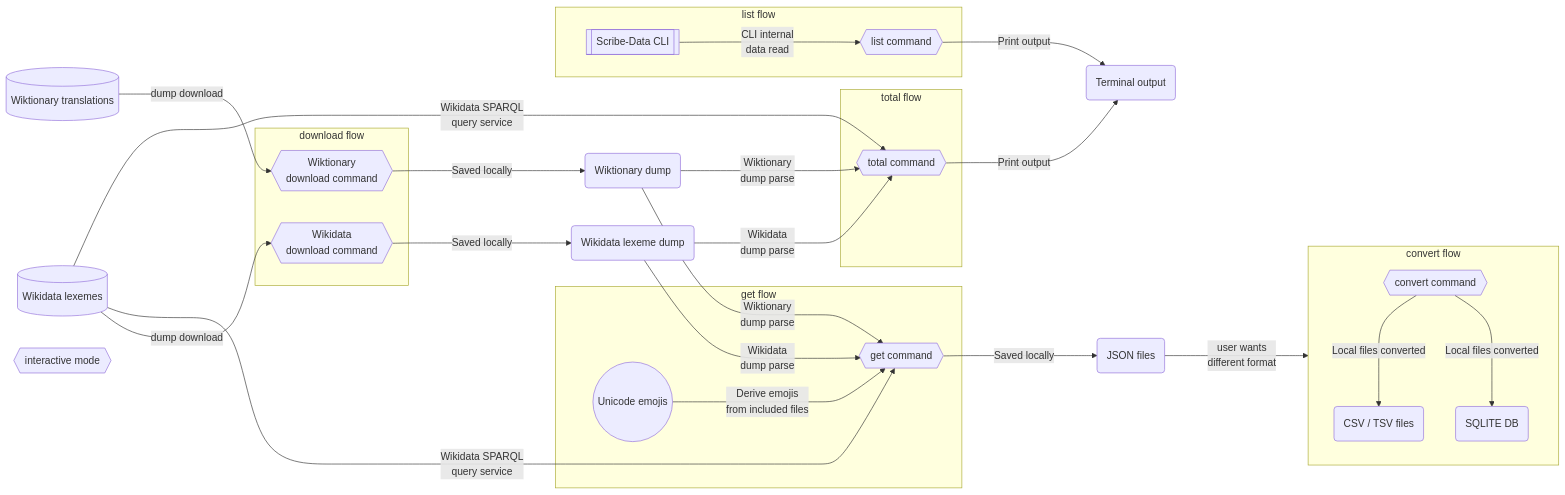
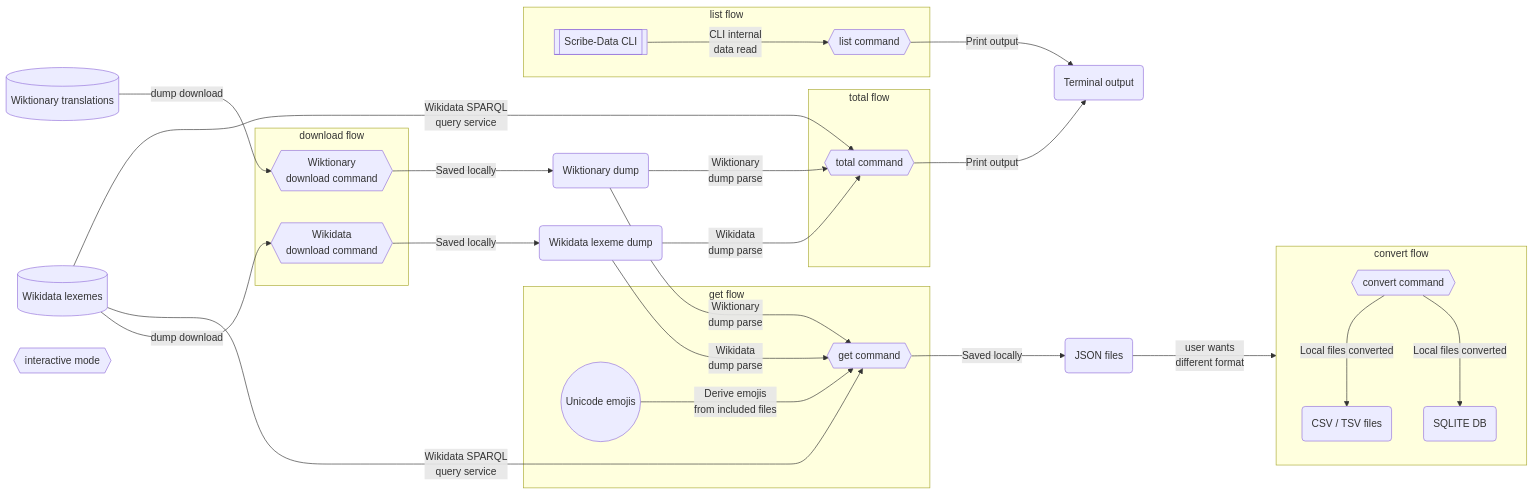
One commit to haasham1/Scribe-Data changed the diagram in ARCHITECTURE.md. Above: the diagram before and after it, drawn with Mermaid.

Commit message:
Minor architecture update

````diff
--- a/ARCHITECTURE.md
+++ b/ARCHITECTURE.md
@@ -12,77 +12,77 @@
 ```mermaid
 graph LR
     %% CLI
 
     DATA[[Scribe-Data CLI]]
 
     %% Data sources
 
     WD[(Wikidata lexemes)]
     WK[(Wiktionary translations)]
     UNI((Unicode emojis))
 
     %% Outputs
 
     JSON(JSON files)
     CTSV(CSV / TSV files)
     SQLITE(SQLITE DB)
     TERM(Terminal output)
     WDDUMP(Wikidata lexeme dump)
     WKDUMP(Wiktionary dump)
 
     %% Commands
 
     DLWD{{Wikidata\ndownload command}}
     DLWK{{Wiktionary\ndownload command}}
     LIST{{list command}}
     GET{{get command}}
     TOT{{total command}}
     CONV{{convert command}}
     INT{{interactive mode}}
 
     %% General flow
 
     WD ---> |dump download| DLWD
     WK ---> |dump download| DLWK
 
-    DLWD ---> |Saved locally| WDDUMP
-    DLWK ---> |Saved locally| WKDUMP
+    DLWD --> |Saved locally| WDDUMP
+    DLWK --> |Saved locally| WKDUMP
 
     WD ---> |Wikidata SPARQL\nquery service| GET
     WDDUMP ---> |Wikidata\ndump parse| GET
     WKDUMP ---> |Wiktionary\ndump parse| GET
 
     WD ---> |Wikidata SPARQL\nquery service| TOT
     WDDUMP ---> |Wikidata\ndump parse| TOT
     WKDUMP ---> |Wiktionary\ndump parse| TOT
 
     GET ---> |Saved locally| JSON
     JSON ---> |user wants\ndifferent format| CONVERT_FLOW
 
     LIST ---> |Print output| TERM
     TOT ---> |Print output| TERM
 
     %% Subgraphs
 
     subgraph DOWNLOAD_FLOW [download flow]
     DLWD
     DLWK
     end
 
     subgraph GET_FLOW [get flow]
     UNI ---> |Derive emojis\nfrom included files| GET
     end
 
     subgraph CONVERT_FLOW [convert flow]
     CONV ---> |Local files converted| CTSV
     CONV ---> |Local files converted| SQLITE
     end
 
     subgraph TOTAL_FLOW [total flow]
     TOT
     end
 
     subgraph LIST_FLOW [list flow]
     DATA ---> |CLI internal\ndata read| LIST
     end
 ```
````
